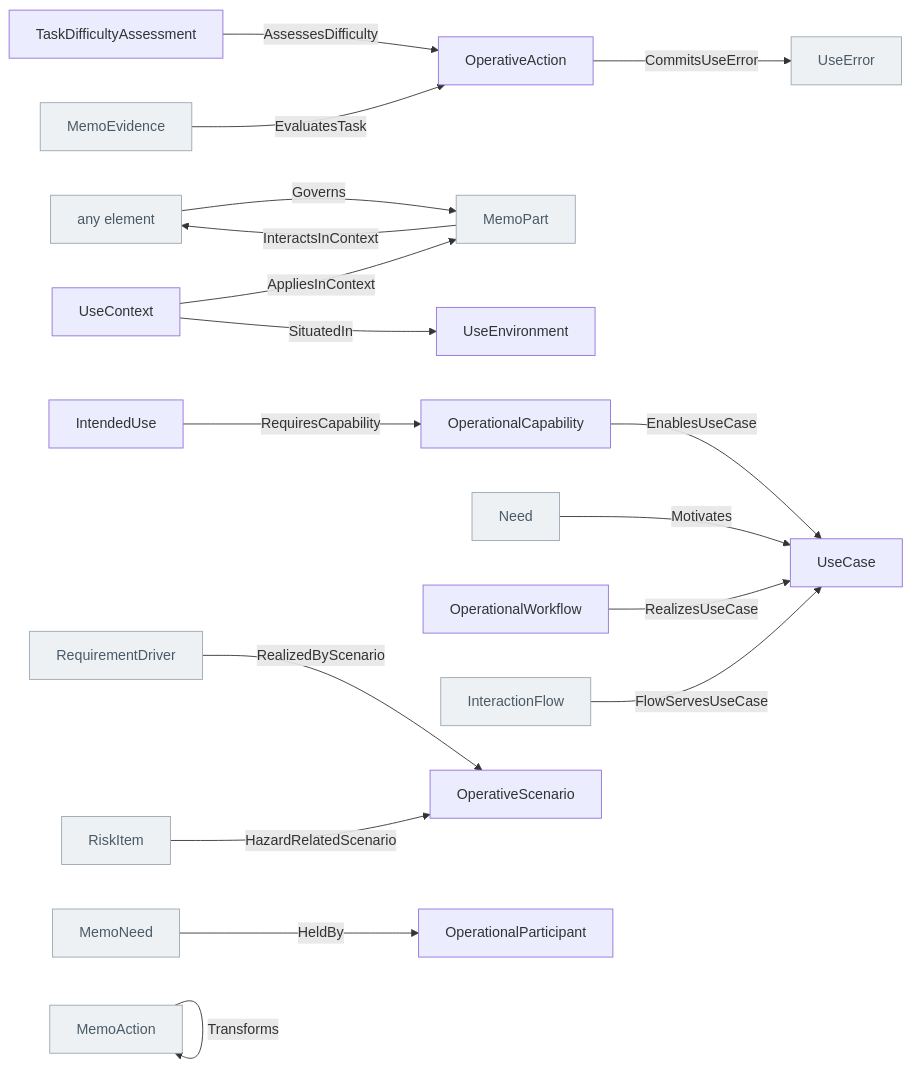
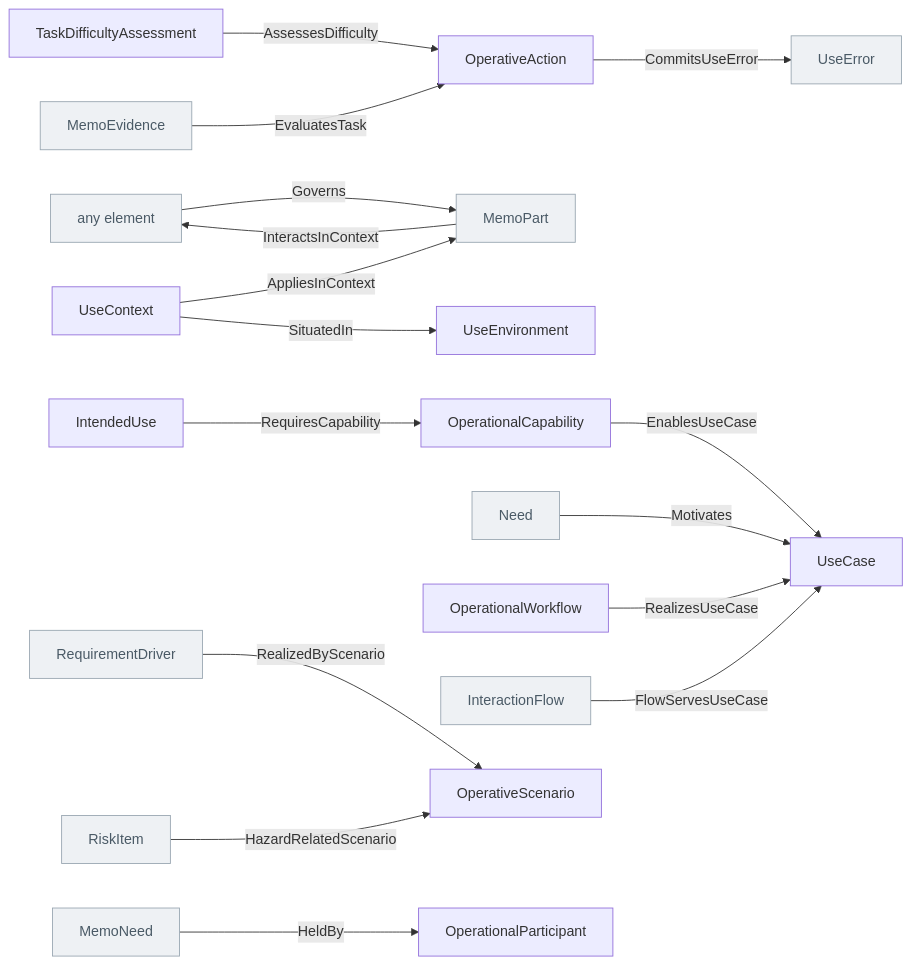
Before and after one commit to memoarchitect/memo: the diagram in docs/ontology/_generated/operational.md, drawn with Mermaid. The commit also changed other lines of this file and 15 other files, not shown here.

````diff
--- a/docs/ontology/_generated/operational.md
+++ b/docs/ontology/_generated/operational.md
@@ -73,40 +73,38 @@
 ```mermaid
 flowchart LR
   TaskDifficultyAssessment["TaskDifficultyAssessment"]
   OperativeAction["OperativeAction"]
   anyElement["any element"]:::other
   MemoPart["MemoPart"]:::other
   UseContext["UseContext"]
   UseEnvironment["UseEnvironment"]
   IntendedUse["IntendedUse"]
   OperationalCapability["OperationalCapability"]
   UseCase["UseCase"]
   Need["Need"]:::other
   OperationalWorkflow["OperationalWorkflow"]
-  MemoAction["MemoAction"]:::other
   InteractionFlow["InteractionFlow"]:::other
   RequirementDriver["RequirementDriver"]:::other
   OperativeScenario["OperativeScenario"]
   UseError["UseError"]:::other
   MemoEvidence["MemoEvidence"]:::other
   MemoNeed["MemoNeed"]:::other
   OperationalParticipant["OperationalParticipant"]
   RiskItem["RiskItem"]:::other
   TaskDifficultyAssessment -->|AssessesDifficulty| OperativeAction
   anyElement -->|Governs| MemoPart
   MemoPart -->|InteractsInContext| anyElement
   UseContext -->|AppliesInContext| MemoPart
   UseContext -->|SituatedIn| UseEnvironment
   IntendedUse -->|RequiresCapability| OperationalCapability
   OperationalCapability -->|EnablesUseCase| UseCase
   Need -->|Motivates| UseCase
   OperationalWorkflow -->|RealizesUseCase| UseCase
-  MemoAction -->|Transforms| MemoAction
   InteractionFlow -->|FlowServesUseCase| UseCase
   RequirementDriver -->|RealizedByScenario| OperativeScenario
   OperativeAction -->|CommitsUseError| UseError
   MemoEvidence -->|EvaluatesTask| OperativeAction
   MemoNeed -->|HeldBy| OperationalParticipant
   RiskItem -->|HazardRelatedScenario| OperativeScenario
   classDef other fill:#eef1f4,stroke:#9aa7b2,color:#4a5a66
 ```
````
